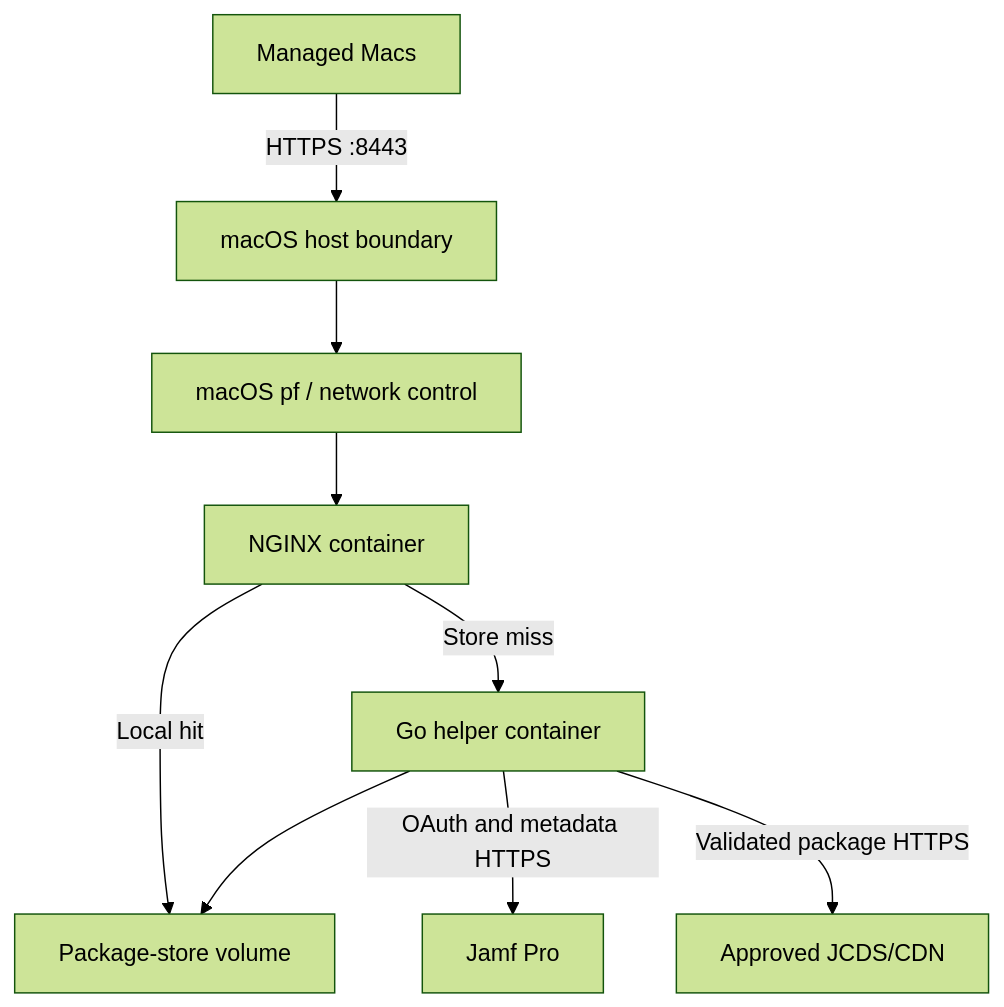
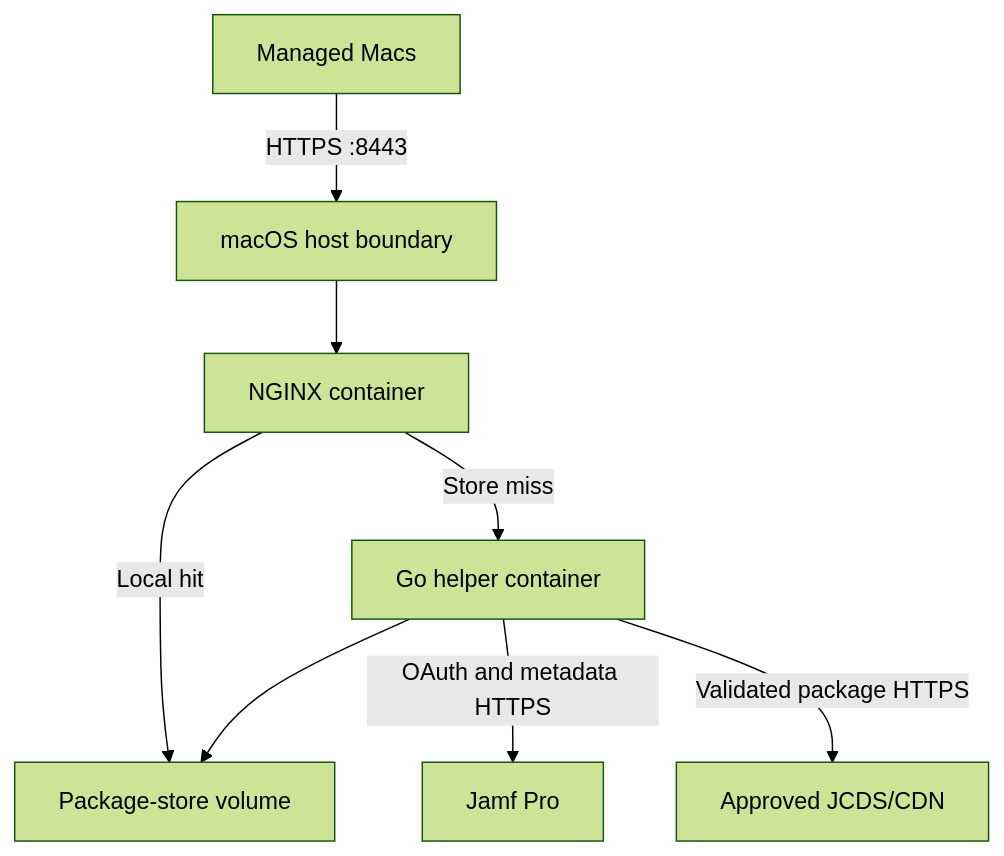
The diagram in docs/architecture.md (fabianhartmann2/JCDS-ContentCache), drawn with Mermaid (forest theme) before and after one commit. The commit also changed other lines of this file and 4 other files, not shown here.

````diff
--- a/docs/architecture.md
+++ b/docs/architecture.md
@@ -22,11 +22,10 @@
 ```mermaid
 flowchart TD
     C["Managed Macs"] -->|"HTTPS :8443"| H["macOS host boundary"]
-    H --> F["macOS pf / network control"]
-    F --> N["NGINX container"]
+    H --> N["NGINX container"]
     N -->|"Local hit"| V["Package-store volume"]
     N -->|"Store miss"| G["Go helper container"]
     G --> V
     G -->|"OAuth and metadata HTTPS"| J["Jamf Pro"]
     G -->|"Validated package HTTPS"| D["Approved JCDS/CDN"]
 ```
````
